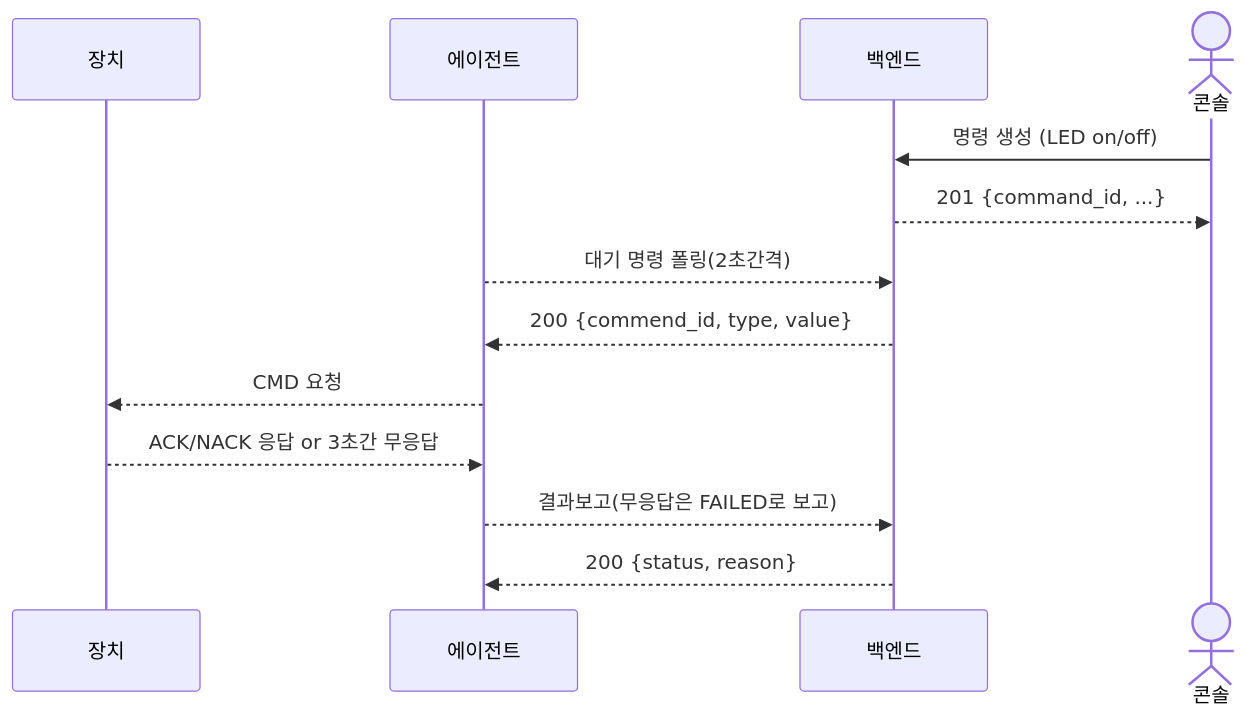
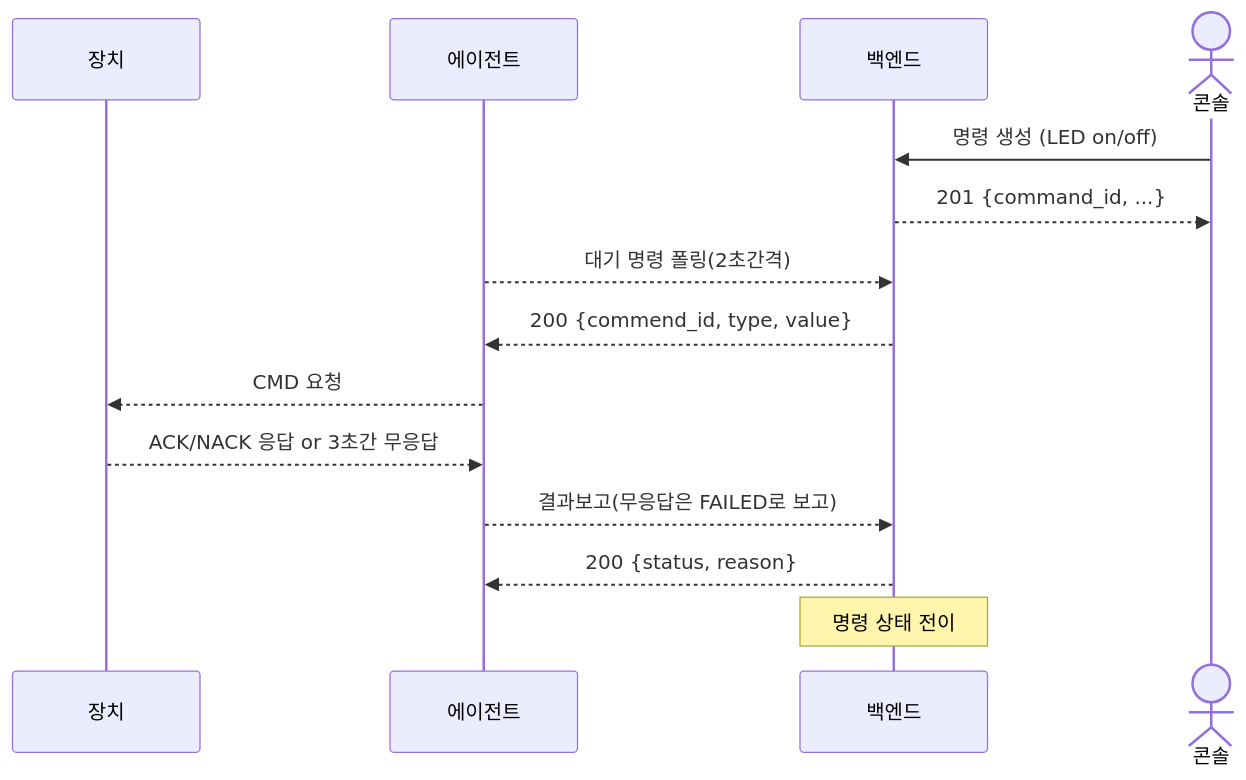
One commit to AlwaysEden/SV-Project changed the fifth of 7 diagrams in docs/seq_diagrams.md. Above: the diagram before and after it, drawn with Mermaid. The commit also changed other lines of this file, not shown here.

Commit message:
docs: 시퀀스 다이어그램 새로운 로직 추가

````diff
--- a/docs/seq_diagrams.md
+++ b/docs/seq_diagrams.md
@@ -94,16 +95,17 @@
 ```mermaid
 sequenceDiagram
     participant Device as 장치
     participant Agent as 에이전트
     participant Backend as 백엔드
     actor Console as 콘솔
 
     Console->>Backend: 명령 생성 (LED on/off)
     Backend-->>Console: 201 {command_id, ...}
     Agent-->>Backend: 대기 명령 폴링(2초간격)
     Backend-->>Agent: 200 {commend_id, type, value}
     Agent-->>Device: CMD 요청
     Device-->>Agent: ACK/NACK 응답 or 3초간 무응답
     Agent-->>Backend: 결과보고(무응답은 FAILED로 보고)
     Backend-->>Agent: 200 {status, reason}
+    Note over Backend: 명령 상태 전이
 ```
````
